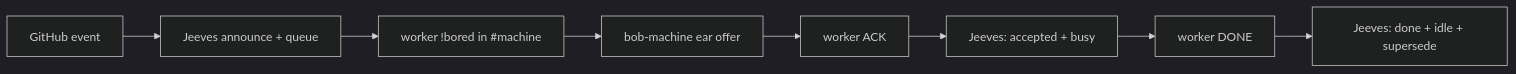
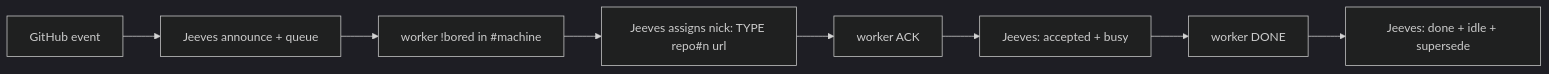
The first of 11 diagrams in docs/brief/JEEVES_BRIEF.md (SimonBarnett/gh-Jeeves), drawn with Mermaid (dark theme) before and after one commit. The commit also changed other lines of this file and 6 other files, not shown here.

````diff
--- a/docs/brief/JEEVES_BRIEF.md
+++ b/docs/brief/JEEVES_BRIEF.md
@@ -33,10 +33,10 @@
 ```mermaid
 flowchart LR
   E[GitHub event] --> J[Jeeves announce + queue]
   J --> B["worker !bored in #machine"]
-  B --> O[bob-machine ear offer]
+  B --> O["Jeeves assigns nick: TYPE repo#n url"]
   O --> A[worker ACK]
   A --> W[Jeeves: accepted + busy]
   W --> D[worker DONE]
   D --> S[Jeeves: done + idle + supersede]
 ```
````
